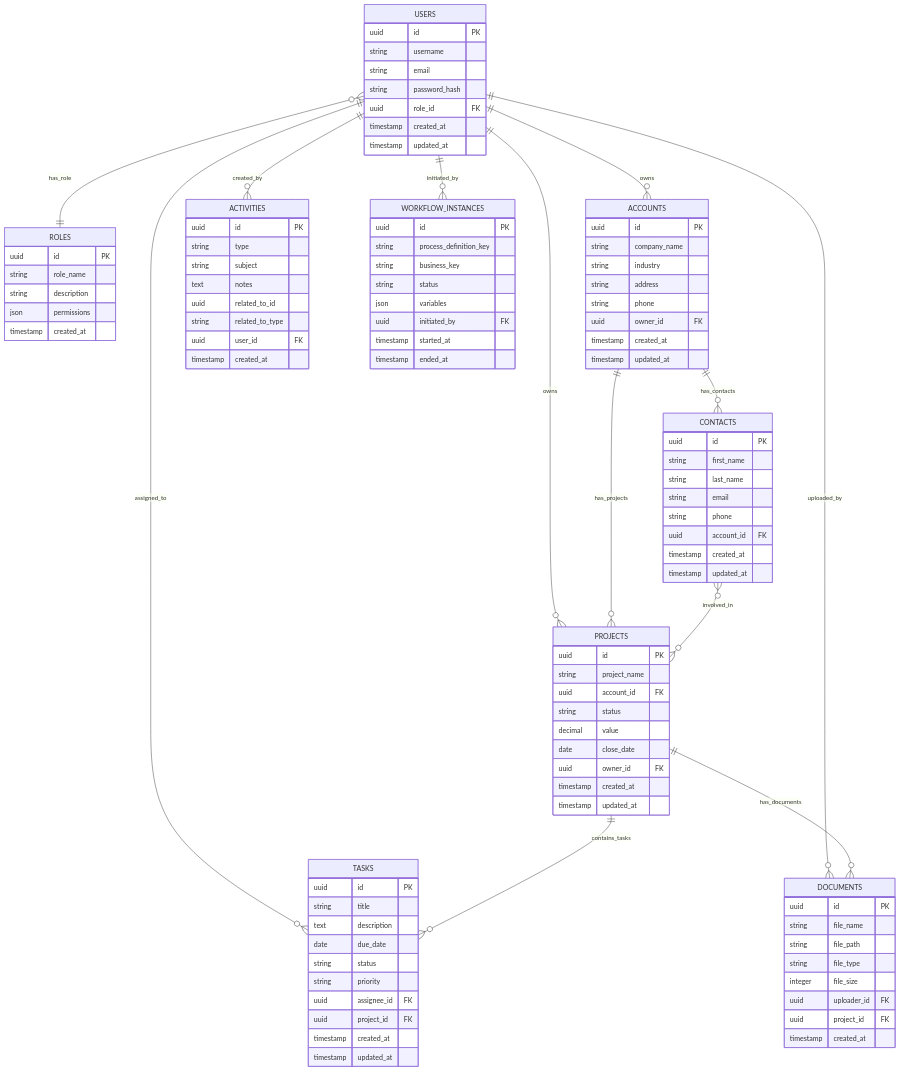
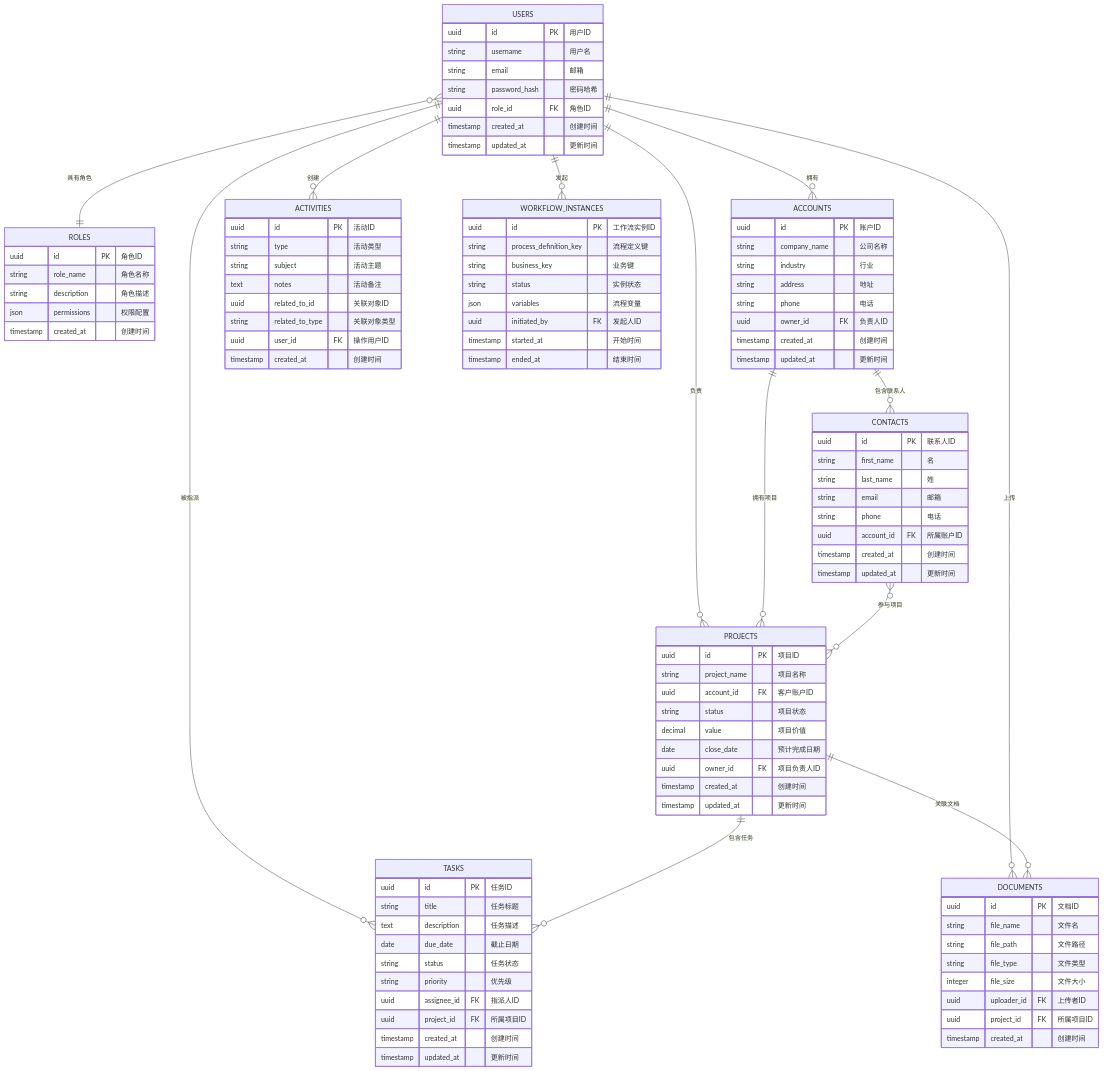
The diagram in diagrams/database-design.mmd (zavierd/ZHCRM), drawn with Mermaid before and after one commit. The commit also changed 5 other files, not shown here.

First line of the commit message:
feat: 全面中文化所有架构图表

```diff
--- a/diagrams/database-design.mmd
+++ b/diagrams/database-design.mmd
@@ -1,115 +1,115 @@
 erDiagram
     USERS {
-        uuid id PK
-        string username
-        string email
-        string password_hash
-        uuid role_id FK
-        timestamp created_at
-        timestamp updated_at
+        uuid id PK "用户ID"
+        string username "用户名"
+        string email "邮箱"
+        string password_hash "密码哈希"
+        uuid role_id FK "角色ID"
+        timestamp created_at "创建时间"
+        timestamp updated_at "更新时间"
     }
-    
+
     ROLES {
-        uuid id PK
-        string role_name
-        string description
-        json permissions
-        timestamp created_at
+        uuid id PK "角色ID"
+        string role_name "角色名称"
+        string description "角色描述"
+        json permissions "权限配置"
+        timestamp created_at "创建时间"
     }
-    
+
     ACCOUNTS {
-        uuid id PK
-        string company_name
-        string industry
-        string address
-        string phone
-        uuid owner_id FK
-        timestamp created_at
-        timestamp updated_at
+        uuid id PK "账户ID"
+        string company_name "公司名称"
+        string industry "行业"
+        string address "地址"
+        string phone "电话"
+        uuid owner_id FK "负责人ID"
+        timestamp created_at "创建时间"
+        timestamp updated_at "更新时间"
     }
-    
+
     CONTACTS {
-        uuid id PK
-        string first_name
-        string last_name
-        string email
-        string phone
-        uuid account_id FK
-        timestamp created_at
-        timestamp updated_at
+        uuid id PK "联系人ID"
+        string first_name "名"
+        string last_name "姓"
+        string email "邮箱"
+        string phone "电话"
+        uuid account_id FK "所属账户ID"
+        timestamp created_at "创建时间"
+        timestamp updated_at "更新时间"
     }
-    
+
     PROJECTS {
-        uuid id PK
-        string project_name
-        uuid account_id FK
-        string status
-        decimal value
-        date close_date
-        uuid owner_id FK
-        timestamp created_at
-        timestamp updated_at
+        uuid id PK "项目ID"
+        string project_name "项目名称"
+        uuid account_id FK "客户账户ID"
+        string status "项目状态"
+        decimal value "项目价值"
+        date close_date "预计完成日期"
+        uuid owner_id FK "项目负责人ID"
+        timestamp created_at "创建时间"
+        timestamp updated_at "更新时间"
     }
-    
+
     TASKS {
-        uuid id PK
-        string title
-        text description
-        date due_date
-        string status
-        string priority
-        uuid assignee_id FK
-        uuid project_id FK
-        timestamp created_at
-        timestamp updated_at
+        uuid id PK "任务ID"
+        string title "任务标题"
+        text description "任务描述"
+        date due_date "截止日期"
+        string status "任务状态"
+        string priority "优先级"
+        uuid assignee_id FK "指派人ID"
+        uuid project_id FK "所属项目ID"
+        timestamp created_at "创建时间"
+        timestamp updated_at "更新时间"
     }
-    
+
     ACTIVITIES {
-        uuid id PK
-        string type
-        string subject
-        text notes
-        uuid related_to_id
-        string related_to_type
-        uuid user_id FK
-        timestamp created_at
+        uuid id PK "活动ID"
+        string type "活动类型"
+        string subject "活动主题"
+        text notes "活动备注"
+        uuid related_to_id "关联对象ID"
+        string related_to_type "关联对象类型"
+        uuid user_id FK "操作用户ID"
+        timestamp created_at "创建时间"
     }
-    
+
     DOCUMENTS {
-        uuid id PK
-        string file_name
-        string file_path
-        string file_type
-        integer file_size
-        uuid uploader_id FK
-        uuid project_id FK
-        timestamp created_at
+        uuid id PK "文档ID"
+        string file_name "文件名"
+        string file_path "文件路径"
+        string file_type "文件类型"
+        integer file_size "文件大小"
+        uuid uploader_id FK "上传者ID"
+        uuid project_id FK "所属项目ID"
+        timestamp created_at "创建时间"
     }
-    
+
     WORKFLOW_INSTANCES {
-        uuid id PK
-        string process_definition_key
-        string business_key
-        string status
-        json variables
-        uuid initiated_by FK
-        timestamp started_at
-        timestamp ended_at
+        uuid id PK "工作流实例ID"
+        string process_definition_key "流程定义键"
+        string business_key "业务键"
+        string status "实例状态"
+        json variables "流程变量"
+        uuid initiated_by FK "发起人ID"
+        timestamp started_at "开始时间"
+        timestamp ended_at "结束时间"
     }
     
     %% 关系定义
-    USERS ||--o{ ACCOUNTS : owns
-    USERS ||--o{ PROJECTS : owns
-    USERS ||--o{ TASKS : assigned_to
-    USERS ||--o{ ACTIVITIES : created_by
-    USERS ||--o{ DOCUMENTS : uploaded_by
-    USERS ||--o{ WORKFLOW_INSTANCES : initiated_by
-    USERS }o--|| ROLES : has_role
-    
-    ACCOUNTS ||--o{ CONTACTS : has_contacts
-    ACCOUNTS ||--o{ PROJECTS : has_projects
-    
-    PROJECTS ||--o{ TASKS : contains_tasks
-    PROJECTS ||--o{ DOCUMENTS : has_documents
-    
-    CONTACTS }o--o{ PROJECTS : involved_in
+    USERS ||--o{ ACCOUNTS : "拥有"
+    USERS ||--o{ PROJECTS : "负责"
+    USERS ||--o{ TASKS : "被指派"
+    USERS ||--o{ ACTIVITIES : "创建"
+    USERS ||--o{ DOCUMENTS : "上传"
+    USERS ||--o{ WORKFLOW_INSTANCES : "发起"
+    USERS }o--|| ROLES : "具有角色"
+
+    ACCOUNTS ||--o{ CONTACTS : "包含联系人"
+    ACCOUNTS ||--o{ PROJECTS : "拥有项目"
+
+    PROJECTS ||--o{ TASKS : "包含任务"
+    PROJECTS ||--o{ DOCUMENTS : "关联文档"
+
+    CONTACTS }o--o{ PROJECTS : "参与项目"
```
